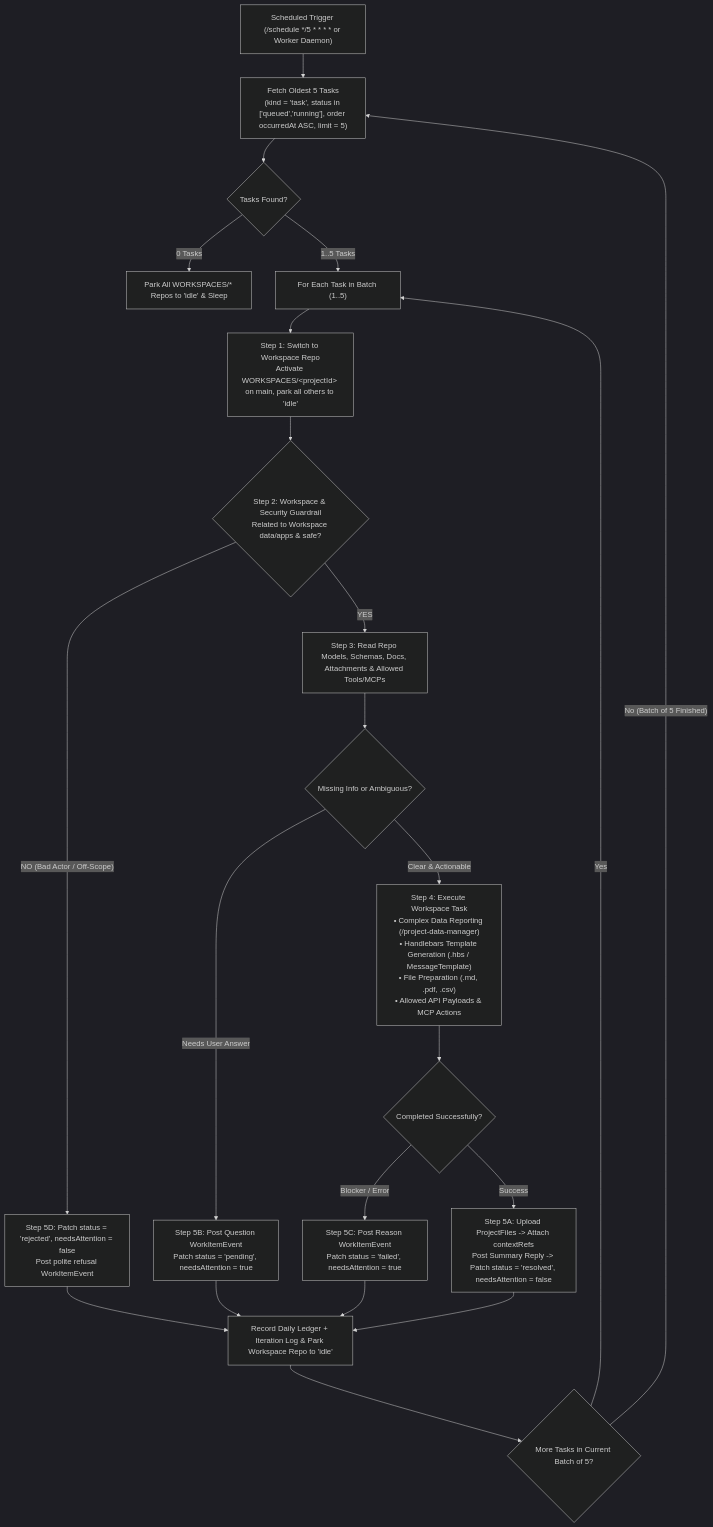
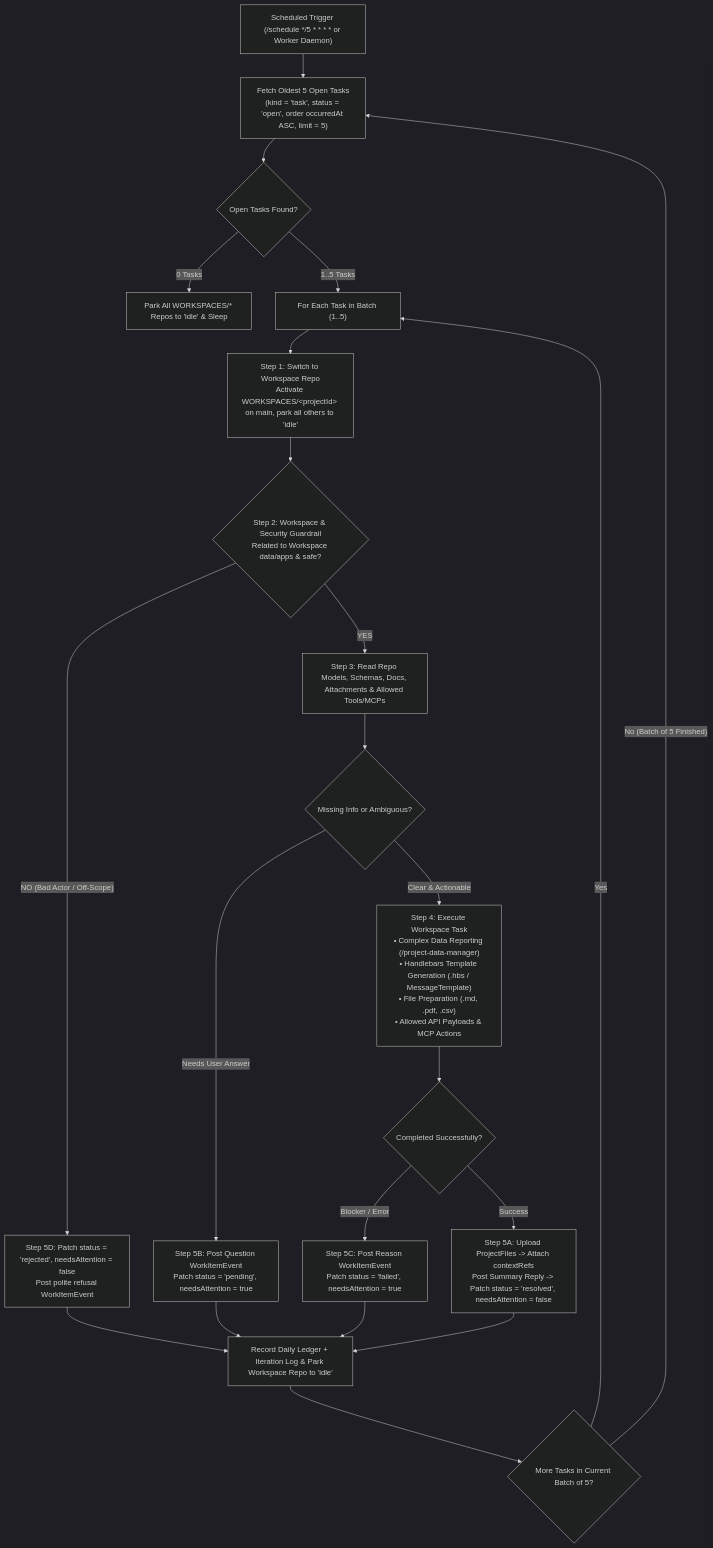
One commit to tanselOzkusaksiz/rapider-task-worker changed the second of 2 diagrams in TASK_WORKER_AUTOMATION_GUIDE.md. Above: the diagram before and after it, drawn with Mermaid (dark theme). The commit also changed other lines of this file and 12 other files, not shown here.

Commit message:
refactor: update task worker to process open tasks with new helper scripts and guides

````diff
--- a/TASK_WORKER_AUTOMATION_GUIDE.md
+++ b/TASK_WORKER_AUTOMATION_GUIDE.md
@@ -42,30 +42,30 @@
 ```mermaid
 flowchart TD
-    Cron["Scheduled Trigger (/schedule */5 * * * * or Worker Daemon)"] --> Fetch["Fetch Oldest 5 Tasks<br/>(kind = 'task', status in ['queued','running'], order occurredAt ASC, limit = 5)"]
-    Fetch --> CheckEmpty{"Tasks Found?"}
+    Cron["Scheduled Trigger (/schedule */5 * * * * or Worker Daemon)"] --> Fetch["Fetch Oldest 5 Open Tasks<br/>(kind = 'task', status = 'open', order occurredAt ASC, limit = 5)"]
+    Fetch --> CheckEmpty{"Open Tasks Found?"}
     CheckEmpty -- "0 Tasks" --> ParkAll["Park All WORKSPACES/* Repos to 'idle' & Sleep"]
     CheckEmpty -- "1..5 Tasks" --> TaskLoop["For Each Task in Batch (1..5)"]
 
     TaskLoop --> Step1["Step 1: Switch to Workspace Repo<br/>Activate WORKSPACES/&lt;projectId&gt; on main, park all others to 'idle'"]
     Step1 --> Step2{"Step 2: Workspace & Security Guardrail<br/>Related to Workspace data/apps & safe?"}
 
     Step2 -- "NO (Bad Actor / Off-Scope)" --> Reject["Step 5D: Patch status = 'rejected', needsAttention = false<br/>Post polite refusal WorkItemEvent"]
     Step2 -- "YES" --> Step3["Step 3: Read Repo Models, Schemas, Docs, Attachments & Allowed Tools/MCPs"]
 
     Step3 --> ClarifyCheck{"Missing Info or Ambiguous?"}
     ClarifyCheck -- "Needs User Answer" --> AskUser["Step 5B: Post Question WorkItemEvent<br/>Patch status = 'pending', needsAttention = true"]
     ClarifyCheck -- "Clear & Actionable" --> Step4["Step 4: Execute Workspace Task<br/>• Complex Data Reporting (/project-data-manager)<br/>• Handlebars Template Generation (.hbs / MessageTemplate)<br/>• File Preparation (.md, .pdf, .csv)<br/>• Allowed API Payloads & MCP Actions"]
 
     Step4 --> ExecResult{"Completed Successfully?"}
     ExecResult -- "Blocker / Error" --> FailTask["Step 5C: Post Reason WorkItemEvent<br/>Patch status = 'failed', needsAttention = true"]
     ExecResult -- "Success" --> ResolveTask["Step 5A: Upload ProjectFiles -> Attach contextRefs<br/>Post Summary Reply -> Patch status = 'resolved', needsAttention = false"]
 
     Reject --> ParkRepo["Record Daily Ledger + Iteration Log & Park Workspace Repo to 'idle'"]
     AskUser --> ParkRepo
     FailTask --> ParkRepo
     ResolveTask --> ParkRepo
 
     ParkRepo --> NextInBatch{"More Tasks in Current Batch of 5?"}
     NextInBatch -- "Yes" --> TaskLoop
     NextInBatch -- "No (Batch of 5 Finished)" --> Fetch
 ```
````
